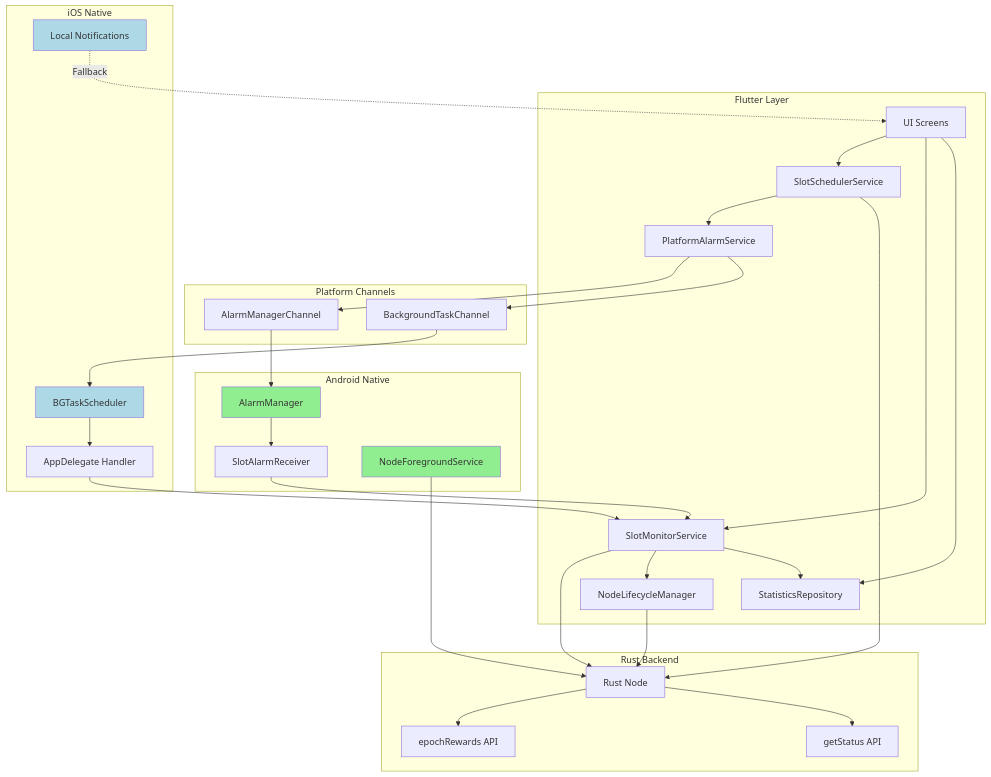
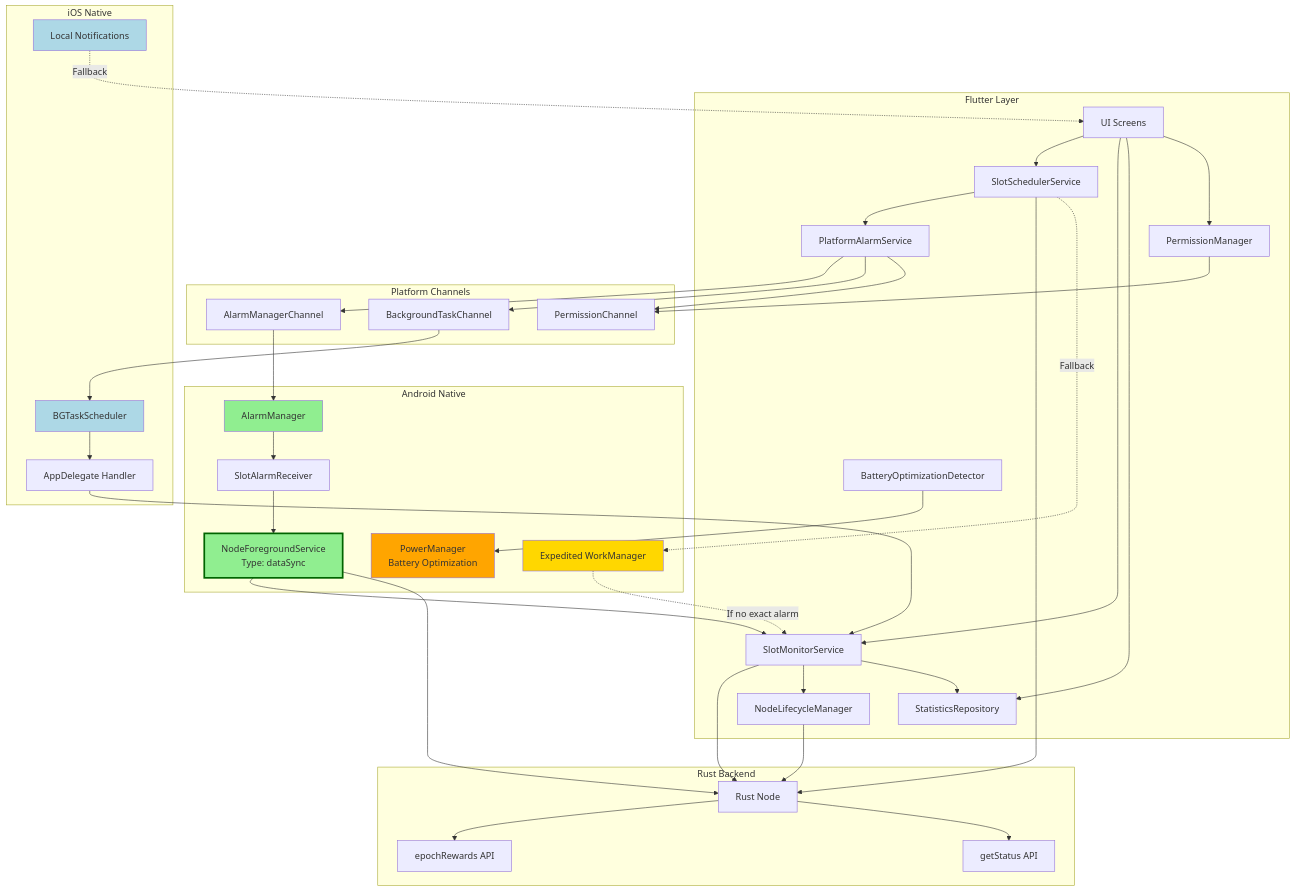
The third of 5 diagrams in docs/background-block-production.md (Usernode-Labs/flutter-mobile-app), drawn with Mermaid before and after one commit. The commit also changed other lines of this file, not shown here.

````diff
--- a/docs/background-block-production.md
+++ b/docs/background-block-production.md
@@ -339,17 +419,22 @@
         NodeLifecycle[NodeLifecycleManager]
         PlatformAlarm[PlatformAlarmService]
         StatsRepo[StatisticsRepository]
+        PermMgr[PermissionManager]
+        BatteryOpt[BatteryOptimizationDetector]
     end
 
     subgraph "Platform Channels"
         AlarmChannel[AlarmManagerChannel]
         BGTaskChannel[BackgroundTaskChannel]
+        PermChannel[PermissionChannel]
     end
 
     subgraph "Android Native"
         AlarmManager[AlarmManager]
         AlarmReceiver[SlotAlarmReceiver]
-        ForegroundService[NodeForegroundService]
+        FGS[NodeForegroundService<br/>Type: dataSync]
+        WorkMgr[Expedited WorkManager]
+        PowerMgr[PowerManager<br/>Battery Optimization]
     end
 
     subgraph "iOS Native"
@@ -367,9 +452,11 @@
     UI --> SlotScheduler
     UI --> SlotMonitor
     UI --> StatsRepo
+    UI --> PermMgr
 
     SlotScheduler --> PlatformAlarm
     SlotScheduler --> RustNode
+    SlotScheduler -.->|Fallback| WorkMgr
 
     SlotMonitor --> RustNode
     SlotMonitor --> NodeLifecycle
@@ -379,12 +466,18 @@
 
     PlatformAlarm --> AlarmChannel
     PlatformAlarm --> BGTaskChannel
+    PlatformAlarm --> PermChannel
+
+    PermMgr --> PermChannel
+    BatteryOpt --> PowerMgr
 
     AlarmChannel --> AlarmManager
     AlarmManager --> AlarmReceiver
-    AlarmReceiver --> SlotMonitor
+    AlarmReceiver --> FGS
+    FGS --> SlotMonitor
+    FGS --> RustNode
 
-    ForegroundService --> RustNode
+    WorkMgr -.->|If no exact alarm| SlotMonitor
 
     BGTaskChannel --> BGScheduler
     BGScheduler --> AppDelegate
@@ -395,8 +488,10 @@
     RustNode --> EpochRewards
     RustNode --> StatusAPI
 
-    style ForegroundService fill:#90EE90
+    style FGS fill:#90EE90,stroke:#006400,stroke-width:3px
     style AlarmManager fill:#90EE90
+    style WorkMgr fill:#FFD700
+    style PowerMgr fill:#FFA500
     style BGScheduler fill:#ADD8E6
     style LocalNotif fill:#ADD8E6
 ```
````
